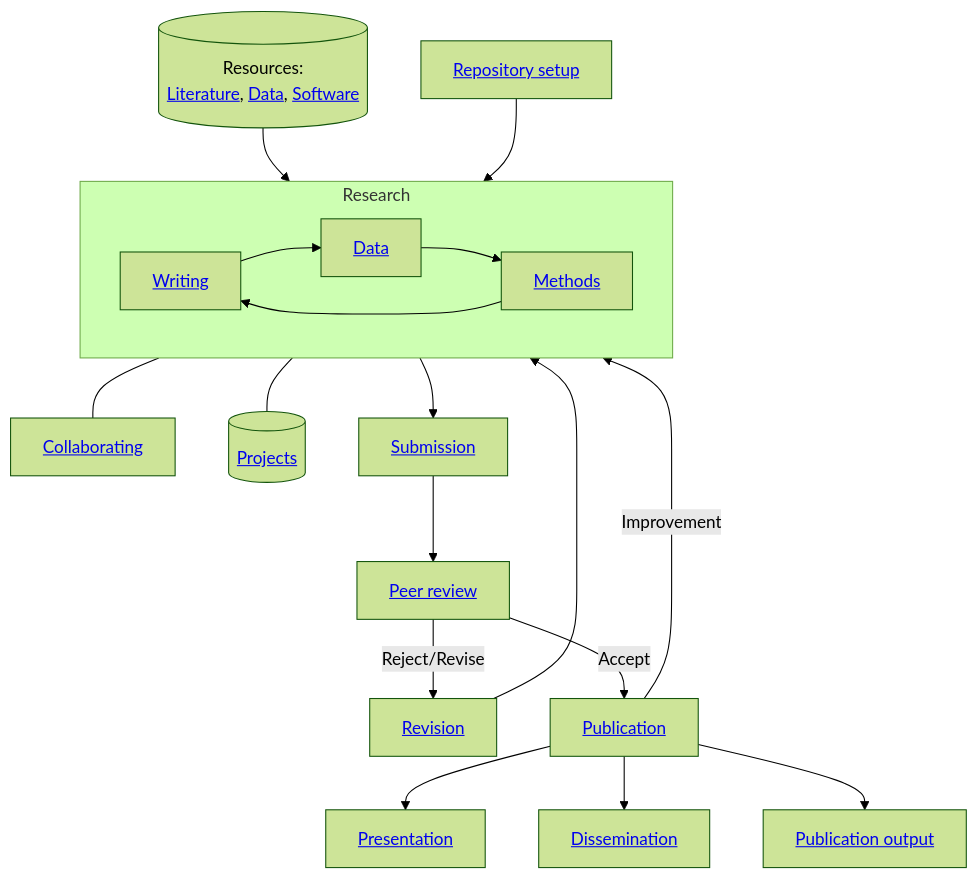
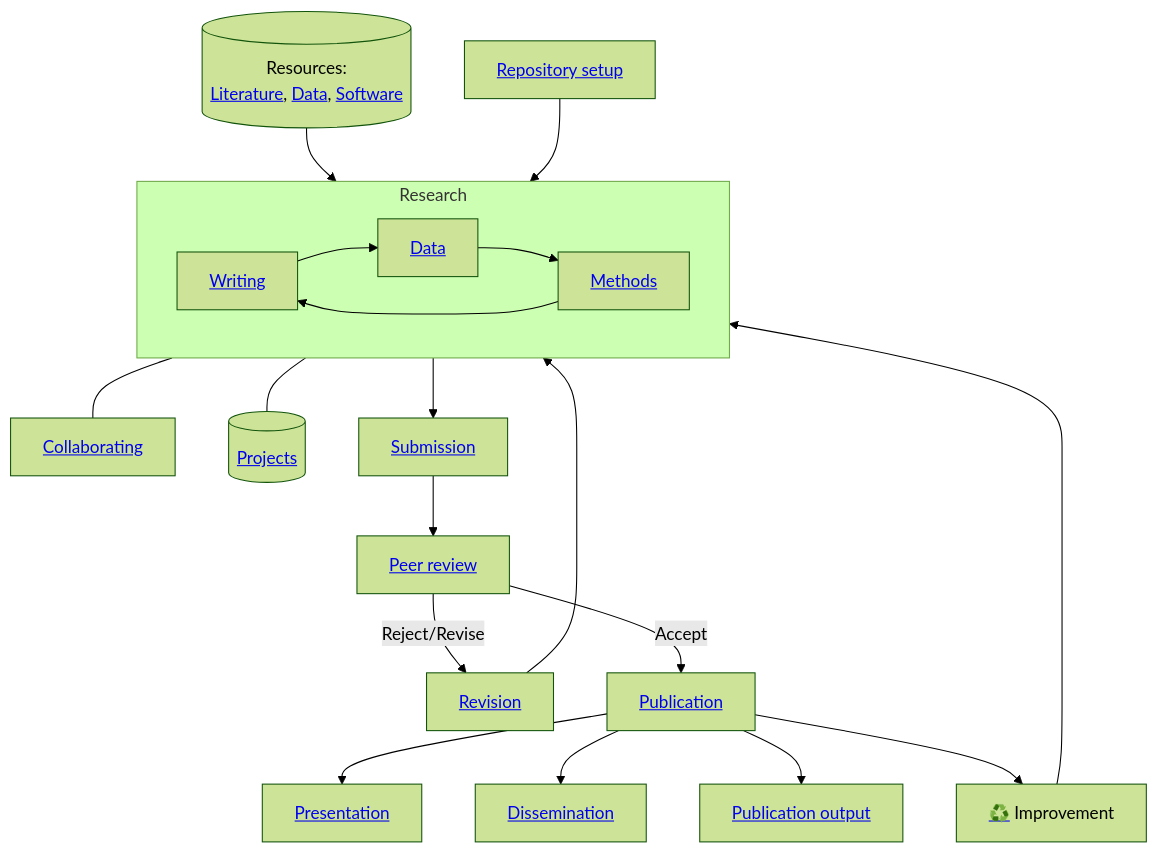
One commit to digital-work-lab/handbook changed the diagram in docs/20-research/index.md. Above: the diagram before and after it, drawn with Mermaid (forest theme).

````diff
--- a/docs/20-research/index.md
+++ b/docs/20-research/index.md
@@ -14,27 +14,27 @@
 ```mermaid
 flowchart TB
 
     subgraph Research
         Writing["<a href='20_processes/20.29.writing.html'>Writing</a>"] --> Data
         Methods["<a href='20_processes/20.18.methods.html'>Methods</a>"] --> Writing
         Data["<a href='20_processes/20.17.data.html'>Data</a>"] --> Methods
     end
 
     Research --- Collaborating["<a href='20_processes/20.16.collaboration.html'>Collaborating</a>"]
     Projects[("<a href='25-projects.html'>Projects</a>")]
     Research --- Projects
 
     Resources[("Resources:<br><a href='22-literature.html'>Literature</a>, <a href='23-data.html'>Data</a>, <a href='24-software.html'>Software</a>")] --> Research
     Setup["<a href='20_processes/20.15.repo-setup.html'>Repository setup</a>"] --> Research
     Research --> Submission["<a href='20_processes/20.30.pre-submission.html'>Submission</a>"]
     Submission --> Review["<a href='../50-service/50_processes/50.10.reviewer.html'>Peer review</a>"]
     Review -->|Reject/Revise| Revise["<a href='20_processes/20.32.revision.html'>Revision</a>"]
     Revise --> Research
     
     Review -->|Accept| Publication["<a href='20_processes/20.33.publication.html'>Publication</a>"]
     Publication --> Presentation["<a href='20_processes/20.28.presentation.html'>Presentation</a>"]
     Publication --> Dissemination["<a href='20_processes/20.34.dissemination.html'>Dissemination</a>"]
     Publication --> PublicationOutput["<a href='29-publications.html'>Publication output</a>"]
-    Publication -- Improvement --> Research
+    Publication --> Improvement["<a href='20_processes/20.35.improvement.html'>♻️</a> Improvement"] --> Research
 
 ```
````
